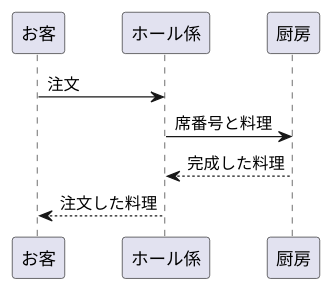
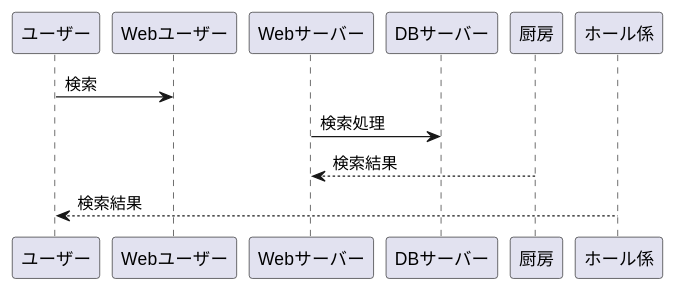
Before and after one commit to Aso2001014/2021sys-design: the diagram in aso.md, drawn with PlantUML.

````diff
--- a/aso.md
+++ b/aso.md
@@ -1,8 +1,8 @@
 ```uml
 @startuml
-お客 -> ホール係 : 注文
-ホール係 -> 厨房 : 席番号と料理
-厨房 --> ホール係 : 完成した料理
-ホール係 --> お客 : 注文した料理
+ユーザー -> Webユーザー : 検索
+Webサーバー -> DBサーバー : 検索処理
+厨房 -->Webサーバー : 検索結果
+ホール係 --> ユーザー : 検索結果
 @enduml
 ```
````
